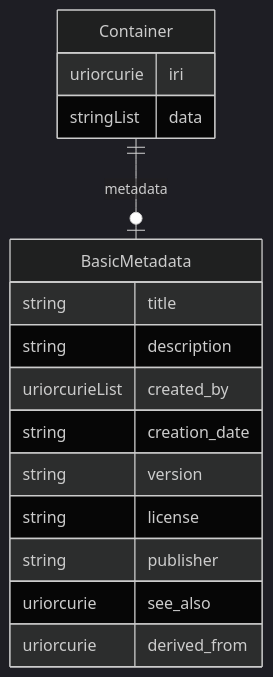
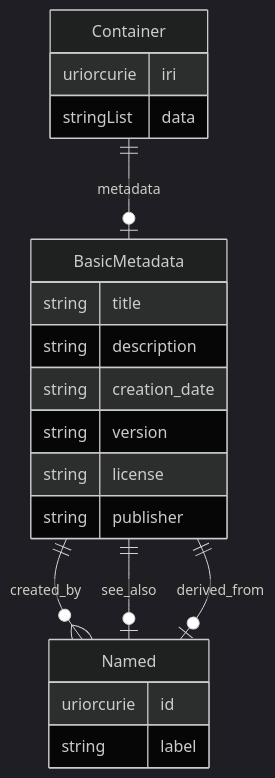
One commit to hubmapconsortium/hra-do-processor changed the third of 18 diagrams in er-diagrams.md. Above: the diagram before and after it, drawn with Mermaid (dark theme). The commit also changed other lines of this file and 26 other files, not shown here.

````diff
--- a/er-diagrams.md
+++ b/er-diagrams.md
@@ -192,21 +192,25 @@
 ```mermaid
 erDiagram
 Container {
     uriorcurie iri  
     stringList data  
 }
 BasicMetadata {
     string title  
     string description  
-    uriorcurieList created_by  
     string creation_date  
     string version  
     string license  
     string publisher  
-    uriorcurie see_also  
-    uriorcurie derived_from  
+}
+Named {
+    uriorcurie id  
+    string label  
 }
 
 Container ||--|o BasicMetadata : "metadata"
+BasicMetadata ||--}o Named : "created_by"
+BasicMetadata ||--|o Named : "see_also"
+BasicMetadata ||--|o Named : "derived_from"
 
 ```
````
